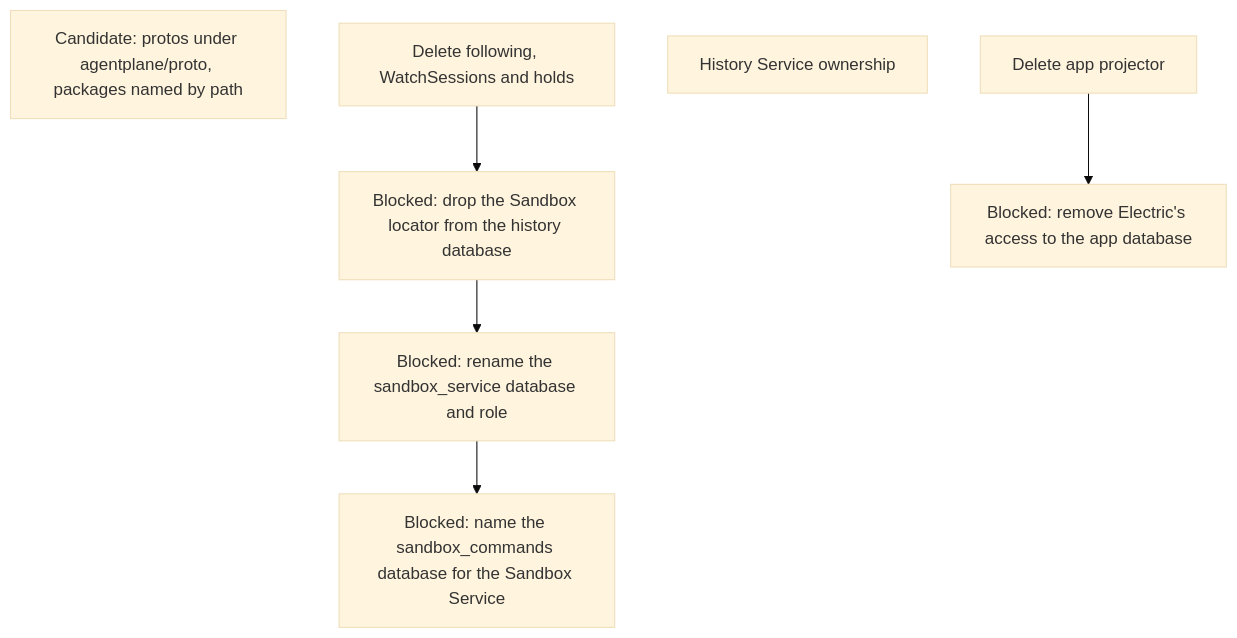
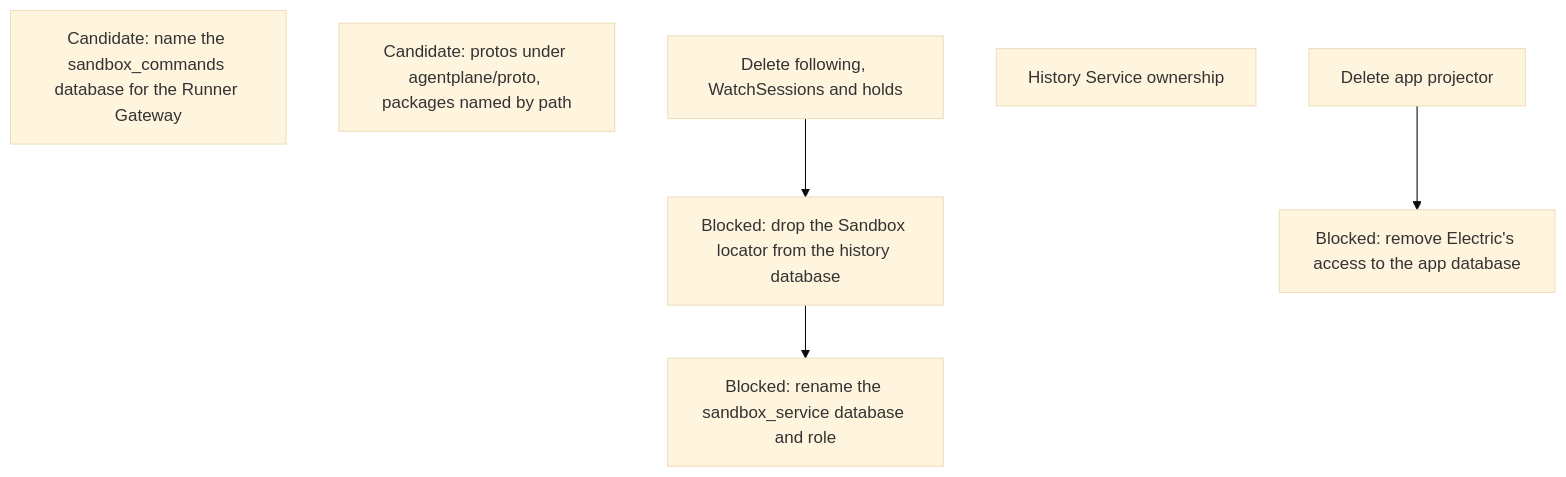
The tenth of 12 diagrams in agentplane/plans/task_dag.md (agentydragon-agent/ducktape), drawn with Mermaid (base theme) before and after one commit. The commit also changed other lines of this file and 9 other files, not shown here.

````diff
--- a/agentplane/plans/task_dag.md
+++ b/agentplane/plans/task_dag.md
@@ -723,14 +722,13 @@
 ```mermaid
 flowchart TD
     HISTORY_SANDBOX_LOCATOR_DROP[Blocked: drop the Sandbox locator from the history database]
     HISTORY_DATABASE_RENAME[Blocked: rename the sandbox_service database and role]
-    SANDBOX_DATABASE_RENAME[Blocked: name the sandbox_commands database for the Sandbox Service]
+    SANDBOX_DATABASE_RENAME[Candidate: name the sandbox_commands database for the Runner Gateway]
     APP_ELECTRIC_RETIRE[Blocked: remove Electric's access to the app database]
     PROTO_DIRECTORY[Candidate: protos under agentplane/proto, packages named by path]
     APP_PROJECTOR_RETIRE[Delete app projector]
     HISTORY_SERVICE_OWNERSHIP[History Service ownership]
     FOLLOW_PATH_RETIRE[Delete following, WatchSessions and holds] --> HISTORY_SANDBOX_LOCATOR_DROP
     HISTORY_SANDBOX_LOCATOR_DROP --> HISTORY_DATABASE_RENAME
-    HISTORY_DATABASE_RENAME --> SANDBOX_DATABASE_RENAME
     APP_PROJECTOR_RETIRE --> APP_ELECTRIC_RETIRE
 ```
````
